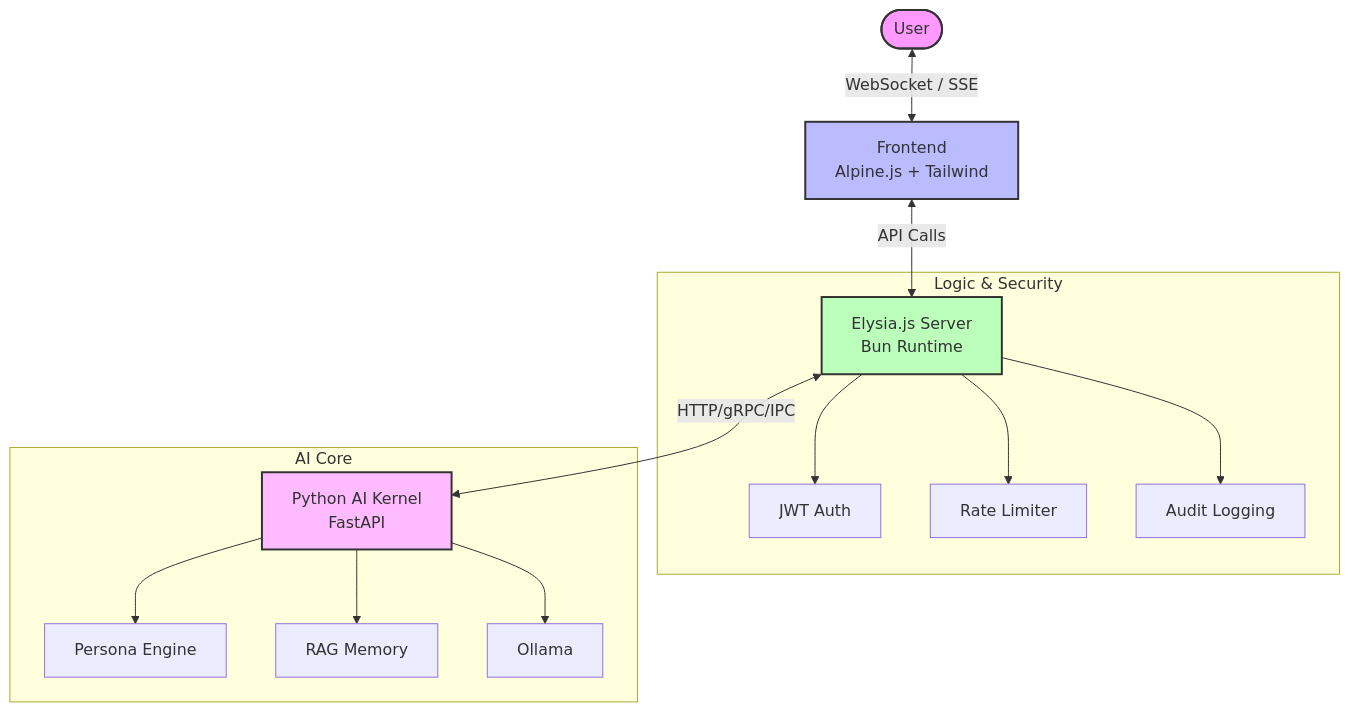
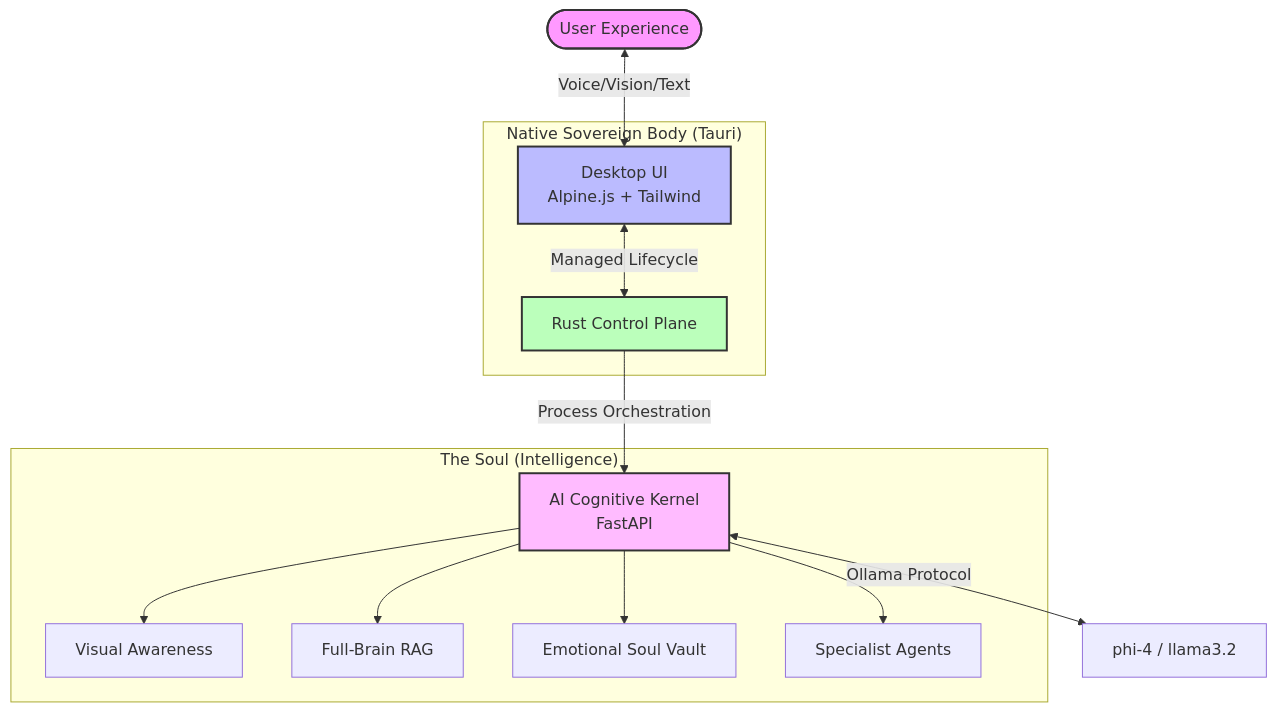
One commit to Elysia20220909/ElysiaAI changed the diagram in README.md. Above: the diagram before and after it, drawn with Mermaid. The commit also changed other lines of this file and 7 other files, not shown here.

First line of the commit message:
docs: Maintainer Core - Quality Audit and Comprehensive Documentation

````diff
--- a/README.md
+++ b/README.md
@@ -48,24 +44,24 @@
 ```mermaid
 graph TD
-    User([User]) <--> |WebSocket / SSE| Frontend[Frontend <br/> Alpine.js + Tailwind]
-    Frontend <--> |API Calls| Elysia[Elysia.js Server <br/> Bun Runtime]
+    User([User Experience]) <--> |Voice/Vision/Text| OS_UI[Desktop UI <br/> Alpine.js + Tailwind]
     
-    subgraph "Logic & Security"
-        Elysia --> Auth[JWT Auth]
-        Elysia --> Guard[Rate Limiter]
-        Elysia --> Audit[Audit Logging]
+    subgraph "Native Sovereign Body (Tauri)"
+        OS_UI <--> |Managed Lifecycle| Rust[Rust Control Plane]
     end
     
-    Elysia <--> |HTTP/gRPC/IPC| Kernel[Python AI Kernel <br/> FastAPI]
+    Rust --> |Process Orchestration| Kernel[AI Cognitive Kernel <br/> FastAPI]
     
-    subgraph "AI Core"
-        Kernel --> Persona[Persona Engine]
-        Kernel --> RAG[RAG Memory]
-        Kernel --> LLM[Ollama]
+    subgraph "The Soul (Intelligence)"
+        Kernel --> Vision[Visual Awareness]
+        Kernel --> Memory[Full-Brain RAG]
+        Kernel --> Soul[Emotional Soul Vault]
+        Kernel --> MultiAgent[Specialist Agents]
     end
+    
+    Kernel <--> |Ollama Protocol| LLM[phi-4 / llama3.2]
 
     style User fill:#f9f,stroke:#333,stroke-width:2px
-    style Frontend fill:#bbf,stroke:#333,stroke-width:2px
-    style Elysia fill:#bfb,stroke:#333,stroke-width:2px
+    style OS_UI fill:#bbf,stroke:#333,stroke-width:2px
+    style Rust fill:#bfb,stroke:#333,stroke-width:2px
     style Kernel fill:#fbf,stroke:#333,stroke-width:2px
 ```
````
